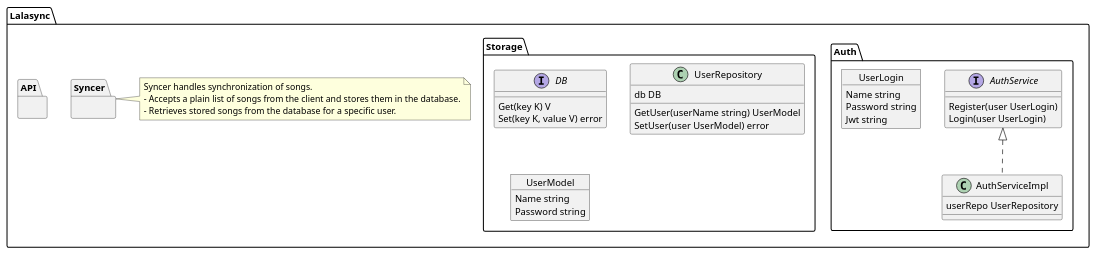
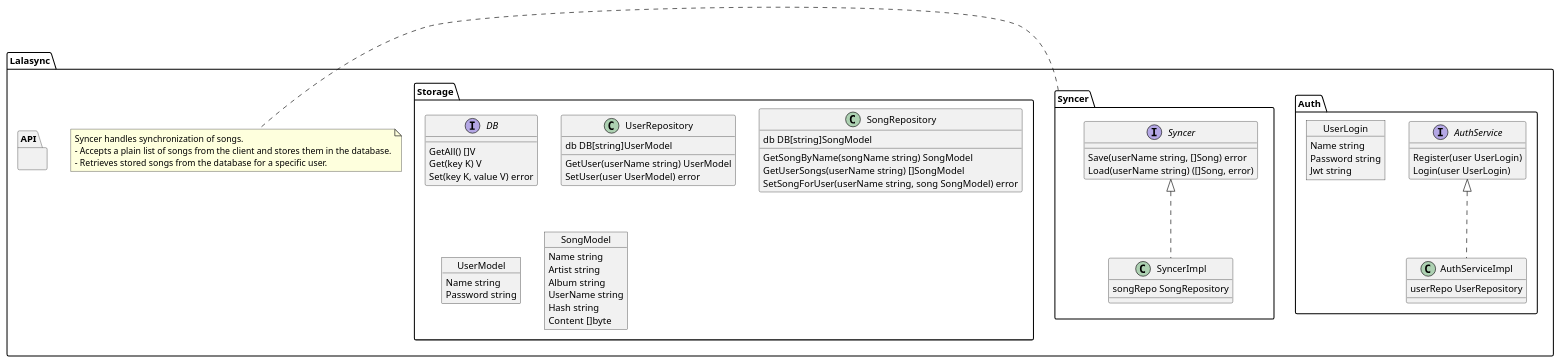
One commit to castlele/lalasync changed the diagram in DESIGNDOC.md. Above: the diagram before and after it, drawn with PlantUML.

Commit message:
[docs]: update design doc for syncer and storage modules

````diff
--- a/DESIGNDOC.md
+++ b/DESIGNDOC.md
@@ -3,52 +3,78 @@
 ```plantuml
 package Lalasync {
 
     package API {
     }
 
     package Auth {
         interface AuthService {
             Register(user UserLogin)
             Login(user UserLogin)
         }
 
         class AuthServiceImpl implements AuthService {
             userRepo UserRepository
         }
 
         object UserLogin {
             Name string
             Password string
             Jwt string
         }
     }
 
     package Syncer {
+        interface Syncer {
+            Save(userName string, []Song) error
+            Load(userName string) ([]Song, error)
+        }
+
+        class SyncerImpl implements Syncer {
+            songRepo SongRepository
+        }
     }
 
     note right of Syncer
         Syncer handles synchronization of songs.
         - Accepts a plain list of songs from the client and stores them in the database.
         - Retrieves stored songs from the database for a specific user.
     end note
 
     package Storage {
         interface DB {
+            GetAll() []V
             Get(key K) V
             Set(key K, value V) error
         }
 
         class UserRepository {
-            db DB
+            db DB[string]UserModel
 
             GetUser(userName string) UserModel
             SetUser(user UserModel) error
+        }
+
+        class SongRepository {
+            db DB[string]SongModel
+
+            GetSongByName(songName string) SongModel
+            GetUserSongs(userName string) []SongModel
+            SetSongForUser(userName string, song SongModel) error
         }
 
         object UserModel {
             Name string
             Password string
         }
+
+        object SongModel {
+            Name string
+            Artist string
+            Album string
+            UserName string
+            Hash string
+            Content []byte
+        }
     }
 }
 ```
````
